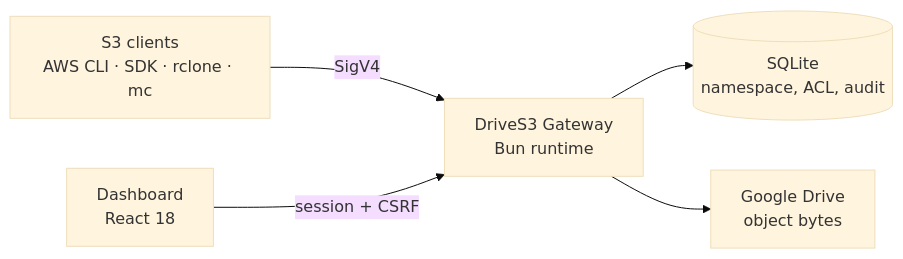
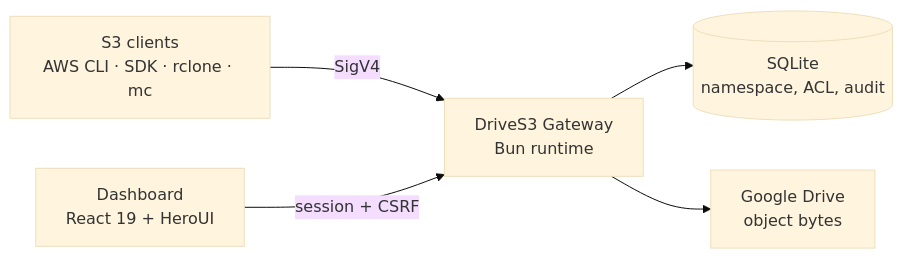
Before and after one commit to ranggaalk/gdrive-s3: the diagram in README.md, drawn with Mermaid (base theme). The commit also changed other lines of this file and 50 other files, not shown here.

````diff
--- a/README.md
+++ b/README.md
@@ -21,8 +21,8 @@
 ```mermaid
 flowchart LR
     C["S3 clients<br/>AWS CLI · SDK · rclone · mc"] -->|SigV4| G
-    D["Dashboard<br/>React 18"] -->|session + CSRF| G
+    D["Dashboard<br/>React 19 + HeroUI"] -->|session + CSRF| G
     G["DriveS3 Gateway<br/>Bun runtime"]
     G --> S[("SQLite<br/>namespace, ACL, audit")]
     G --> GD["Google Drive<br/>object bytes"]
 ```
````
